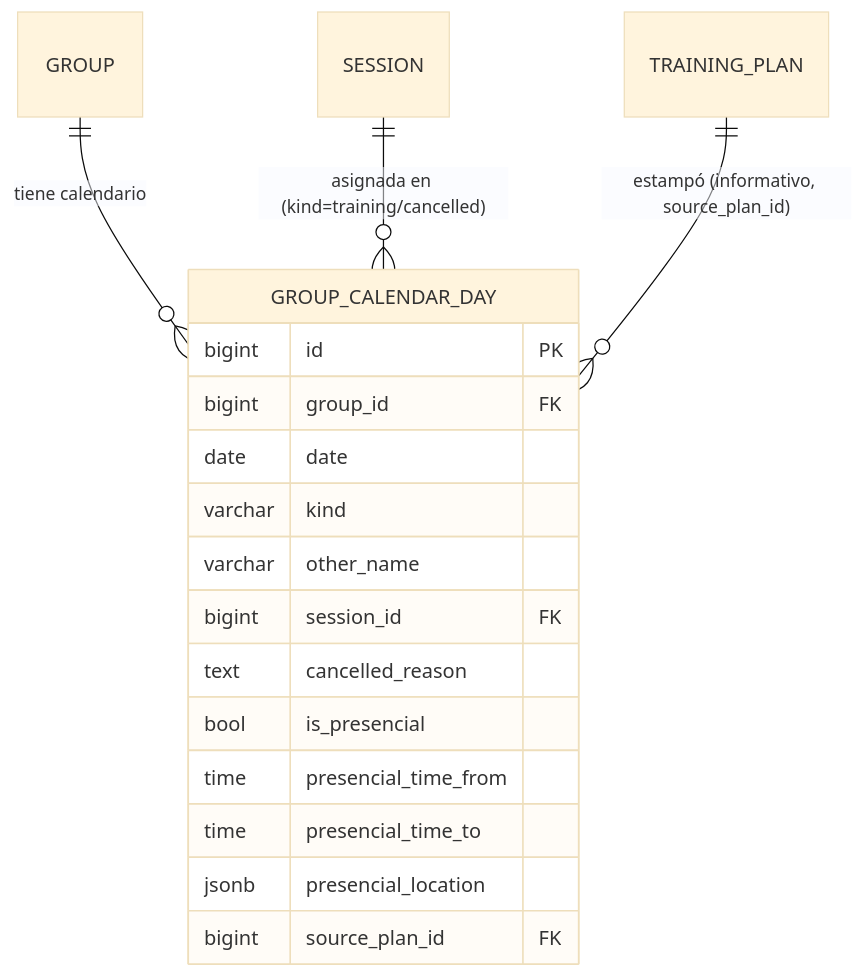
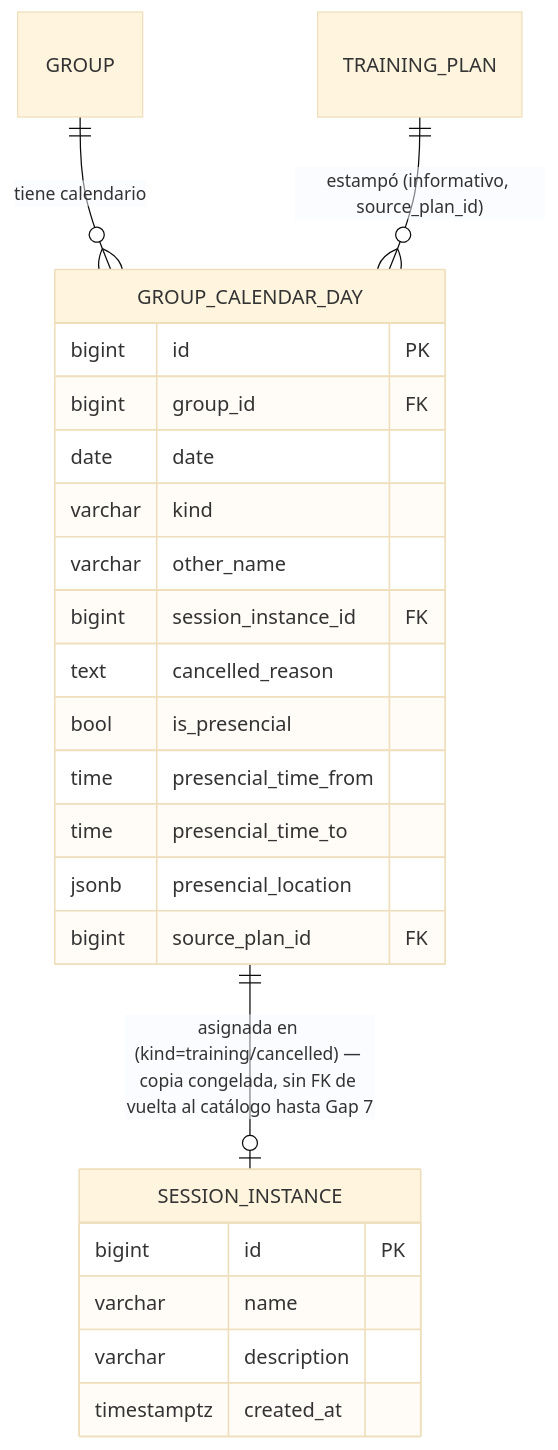
Before and after one commit to Paceron/paceron-frontend: the diagram in docs/BACKEND_CALENDAR_ASSIGNMENTS_SPEC.md, drawn with Mermaid (base theme). The commit also changed other lines of this file and 4 other files, not shown here.

First line of the commit message:
docs(calendar): adapt spec/plan to backend session instantiation model

````diff
--- a/docs/BACKEND_CALENDAR_ASSIGNMENTS_SPEC.md
+++ b/docs/BACKEND_CALENDAR_ASSIGNMENTS_SPEC.md
@@ -105,21 +159,28 @@
 ```mermaid
 erDiagram
     GROUP_CALENDAR_DAY {
         bigint id PK
         bigint group_id FK
         date date
         varchar kind
         varchar other_name
-        bigint session_id FK
+        bigint session_instance_id FK
         text cancelled_reason
         bool is_presencial
         time presencial_time_from
         time presencial_time_to
         jsonb presencial_location
         bigint source_plan_id FK
     }
 
+    SESSION_INSTANCE {
+        bigint id PK
+        varchar name
+        varchar description
+        timestamptz created_at
+    }
+
     GROUP ||--o{ GROUP_CALENDAR_DAY : "tiene calendario"
-    SESSION ||--o{ GROUP_CALENDAR_DAY : "asignada en (kind=training/cancelled)"
+    GROUP_CALENDAR_DAY ||--o| SESSION_INSTANCE : "asignada en (kind=training/cancelled) — copia congelada, sin FK de vuelta al catálogo hasta Gap 7"
     TRAINING_PLAN ||--o{ GROUP_CALENDAR_DAY : "estampó (informativo, source_plan_id)"
 ```
````
